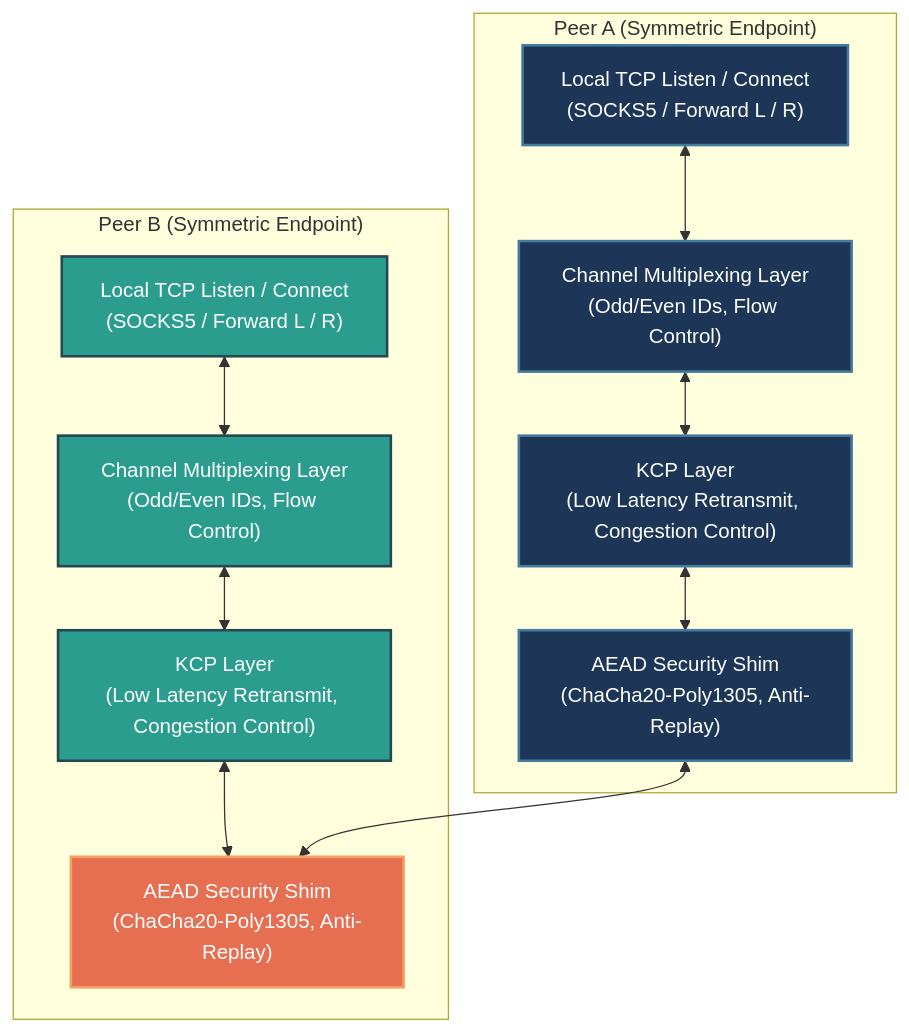
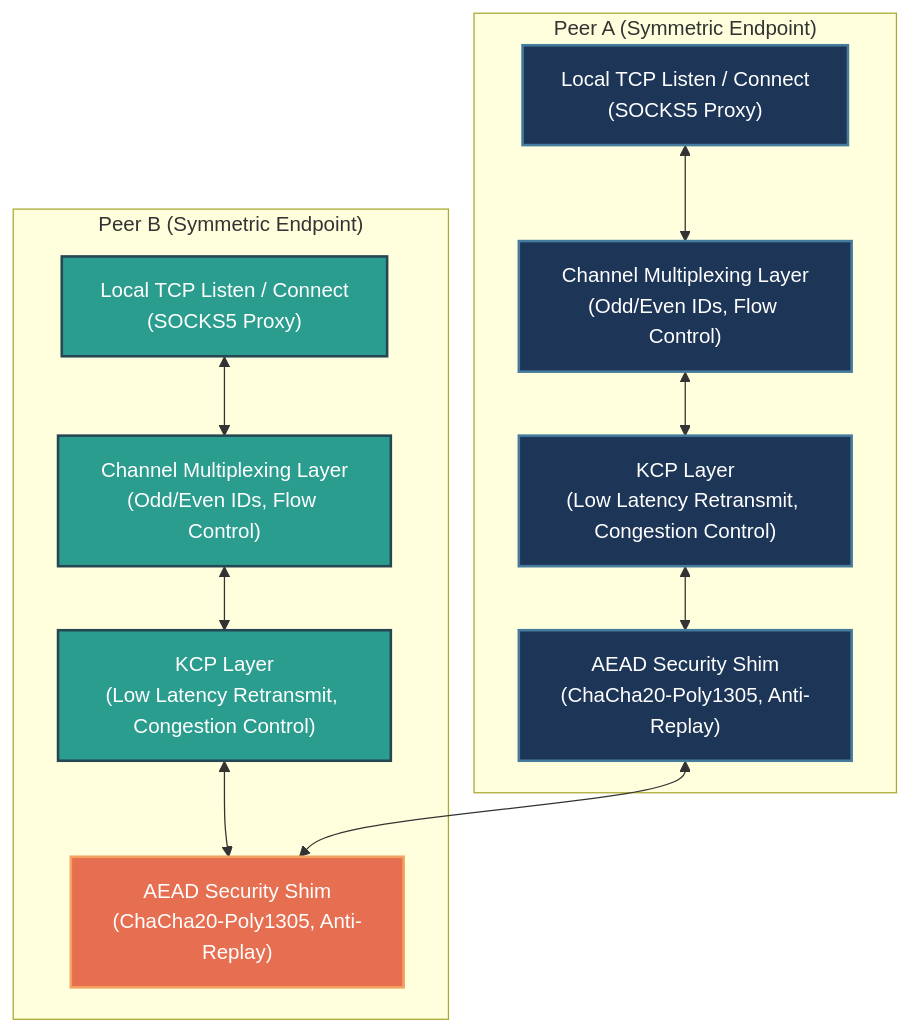
One commit to potato-520/BiTun changed the first of 2 diagrams in docs/README.en.md. Above: the diagram before and after it, drawn with Mermaid. The commit also changed other lines of this file and 9 other files, not shown here.

Commit message:
refactor: simplify design to pure bidirectional SOCKS5 proxy tunnel and clean up code and docs

````diff
--- a/docs/README.en.md
+++ b/docs/README.en.md
@@ -21,33 +21,33 @@
 ```mermaid
 flowchart TD
     %% Define color styles
     classDef peerA fill:#1d3557,stroke:#457b9d,stroke-width:2px,color:#fff;
     classDef peerB fill:#2a9d8f,stroke:#264653,stroke-width:2px,color:#fff;
     classDef network fill:#e76f51,stroke:#f4a261,stroke-width:2px,color:#fff;
     
     subgraph PeerA ["Peer A (Symmetric Endpoint)"]
-        A_TCP["Local TCP Listen / Connect<br>(SOCKS5 / Forward L / R)"]:::peerA
+        A_TCP["Local TCP Listen / Connect<br>(SOCKS5 Proxy)"]:::peerA
         A_Mux["Channel Multiplexing Layer<br>(Odd/Even IDs, Flow Control)"]:::peerA
         A_KCP["KCP Layer<br>(Low Latency Retransmit, Congestion Control)"]:::peerA
         A_AEAD["AEAD Security Shim<br>(ChaCha20-Poly1305, Anti-Replay)"]:::peerA
     end
 
     subgraph PeerB ["Peer B (Symmetric Endpoint)"]
-        B_TCP["Local TCP Listen / Connect<br>(SOCKS5 / Forward L / R)"]:::peerB
+        B_TCP["Local TCP Listen / Connect<br>(SOCKS5 Proxy)"]:::peerB
         B_Mux["Channel Multiplexing Layer<br>(Odd/Even IDs, Flow Control)"]:::peerB
         B_KCP["KCP Layer<br>(Low Latency Retransmit, Congestion Control)"]:::peerB
         B_AEAD["AEAD Security Shim<br>(ChaCha20-Poly1305, Anti-Replay)"]:::peerB
     end
 
     %% Internal layer flows
     A_TCP <--> A_Mux
     A_Mux <--> A_KCP
     A_KCP <--> A_AEAD
 
     B_TCP <--> B_Mux
     B_Mux <--> B_KCP
     B_KCP <--> B_AEAD
 
     %% Network Transport
     A_AEAD <--> B_AEAD:::network
 ```
````
